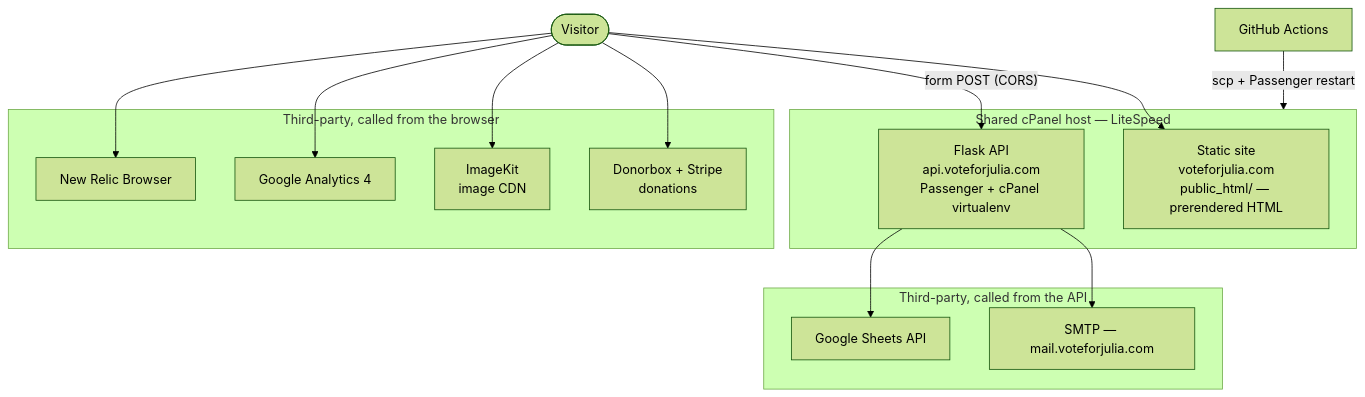
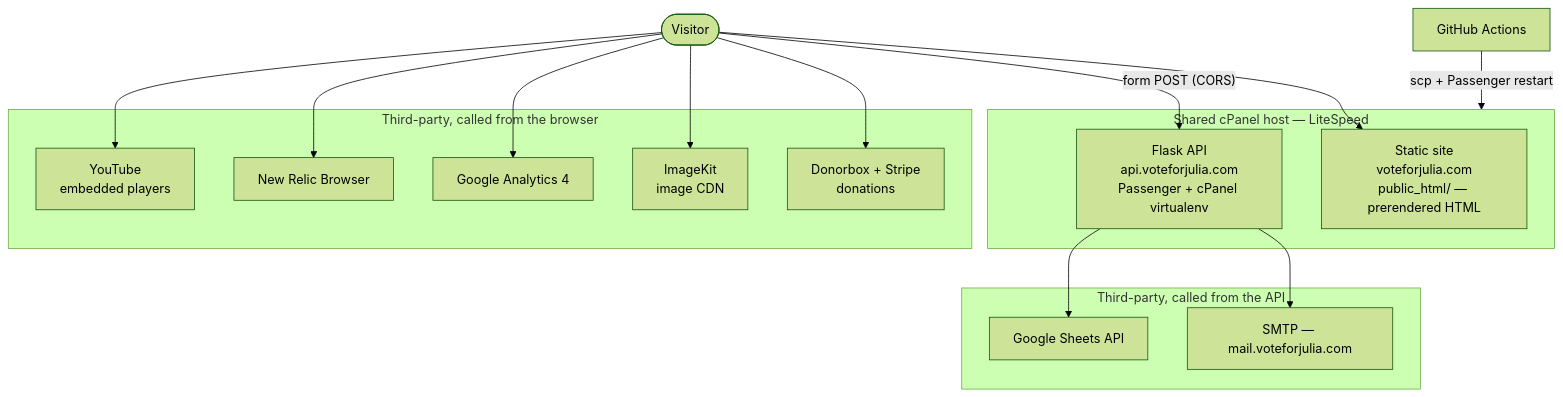
Before and after one commit to OwlbearMedia/voteforjulia: the first of 2 diagrams in docs/architecture.md, drawn with Mermaid (forest theme). The commit also changed other lines of this file and 10 other files, not shown here.

````diff
--- a/docs/architecture.md
+++ b/docs/architecture.md
@@ -22,32 +25,34 @@
 ```mermaid
 flowchart TB
     visitor([Visitor])
 
     subgraph host["Shared cPanel host — LiteSpeed"]
         static["Static site<br/>voteforjulia.com<br/>public_html/ — prerendered HTML"]
         api["Flask API<br/>api.voteforjulia.com<br/>Passenger + cPanel virtualenv"]
     end
 
     subgraph third["Third-party, called from the browser"]
         donorbox["Donorbox + Stripe<br/>donations"]
         imagekit["ImageKit<br/>image CDN"]
         ga["Google Analytics 4"]
         nr["New Relic Browser"]
+        yt["YouTube<br/>embedded players"]
     end
 
     subgraph out["Third-party, called from the API"]
         smtp["SMTP — mail.voteforjulia.com"]
         sheets["Google Sheets API"]
     end
 
     visitor --> static
     visitor -- "form POST (CORS)" --> api
     visitor --> donorbox
     visitor --> imagekit
     visitor --> ga
     visitor --> nr
+    visitor --> yt
     api --> smtp
     api --> sheets
 
     gha["GitHub Actions"] -- "scp + Passenger restart" --> host
 ```
````
